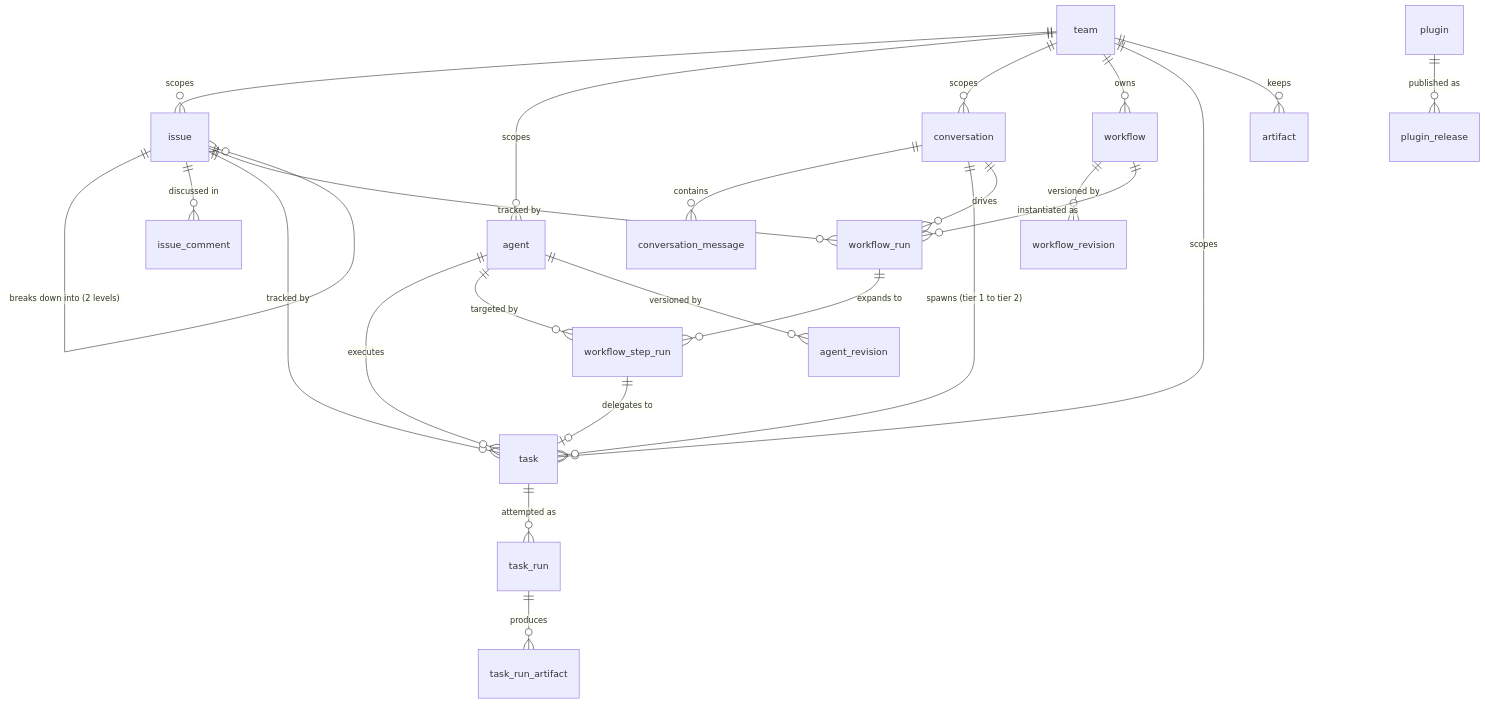
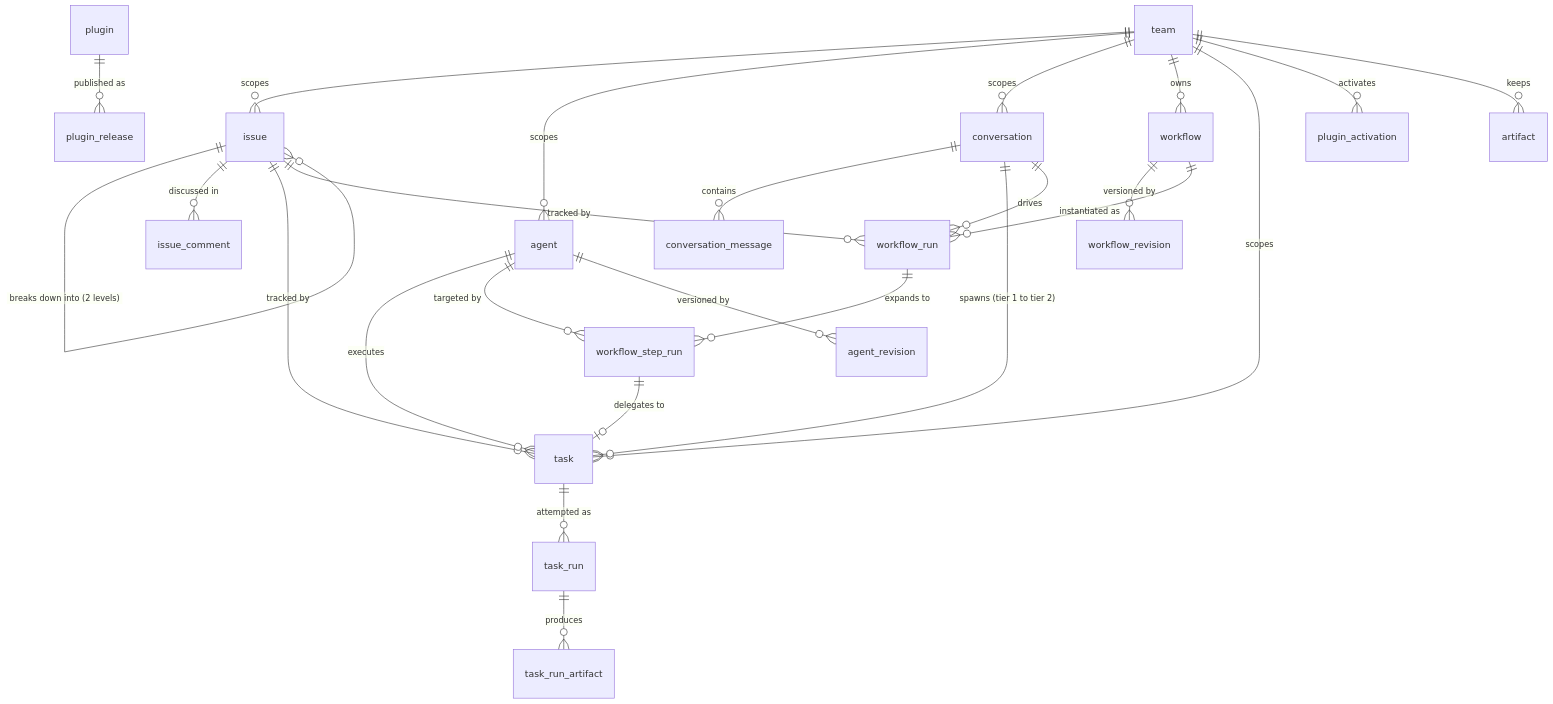
One commit to gougoujiang/buildmax changed the first of 2 diagrams in docs/contribute/architecture/data-model.md. Above: the diagram before and after it, drawn with Mermaid. The commit also changed other lines of this file and 14 other files, not shown here.

First line of the commit message:
Add the plugin activation record and its lifecycle

````diff
--- a/docs/contribute/architecture/data-model.md
+++ b/docs/contribute/architecture/data-model.md
@@ -103,33 +103,34 @@
 ```mermaid
 erDiagram
     team ||--o{ issue : scopes
     team ||--o{ agent : scopes
     team ||--o{ conversation : scopes
     team ||--o{ workflow : owns
     team ||--o{ task : scopes
 
     conversation ||--o{ conversation_message : contains
     conversation ||--o{ task : "spawns (tier 1 to tier 2)"
     conversation ||--o{ workflow_run : drives
 
     issue ||--o{ issue : "breaks down into (2 levels)"
     issue ||--o{ issue_comment : "discussed in"
     issue ||--o{ task : "tracked by"
     issue ||--o{ workflow_run : "tracked by"
 
     agent ||--o{ task : executes
     agent ||--o{ workflow_step_run : "targeted by"
     agent ||--o{ agent_revision : "versioned by"
     workflow ||--o{ workflow_revision : "versioned by"
 
     plugin ||--o{ plugin_release : "published as"
+    team ||--o{ plugin_activation : activates
 
     task ||--o{ task_run : "attempted as"
     task_run ||--o{ task_run_artifact : produces
 
     team ||--o{ artifact : keeps
 
     workflow ||--o{ workflow_run : "instantiated as"
     workflow_run ||--o{ workflow_step_run : "expands to"
     workflow_step_run ||--o| task : "delegates to"
 ```
````
